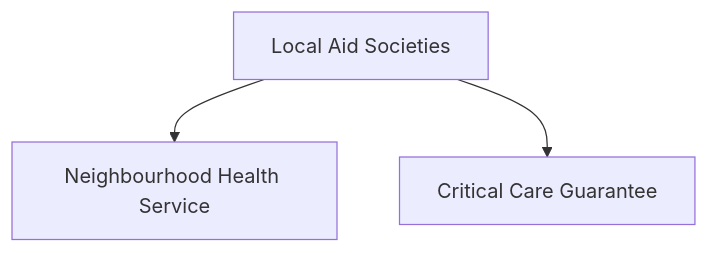
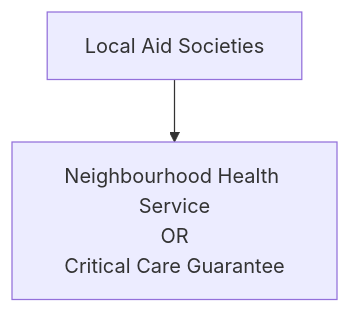
The first of 4 diagrams in docs/laws.md (HamzahAlrawi/frostpunk-new-industry), drawn with Mermaid before and after one commit. The commit also changed other lines of this file and 15 other files, not shown here.

````diff
--- a/docs/laws.md
+++ b/docs/laws.md
@@ -17,5 +17,4 @@
 ```mermaid
 flowchart TD
-    root["Local Aid Societies"] --> a["Neighbourhood Health Service"]
-    root --> b["Critical Care Guarantee"]
+    root["Local Aid Societies"] --> choice["Neighbourhood Health Service<br/>OR<br/>Critical Care Guarantee"]
 ```
````
